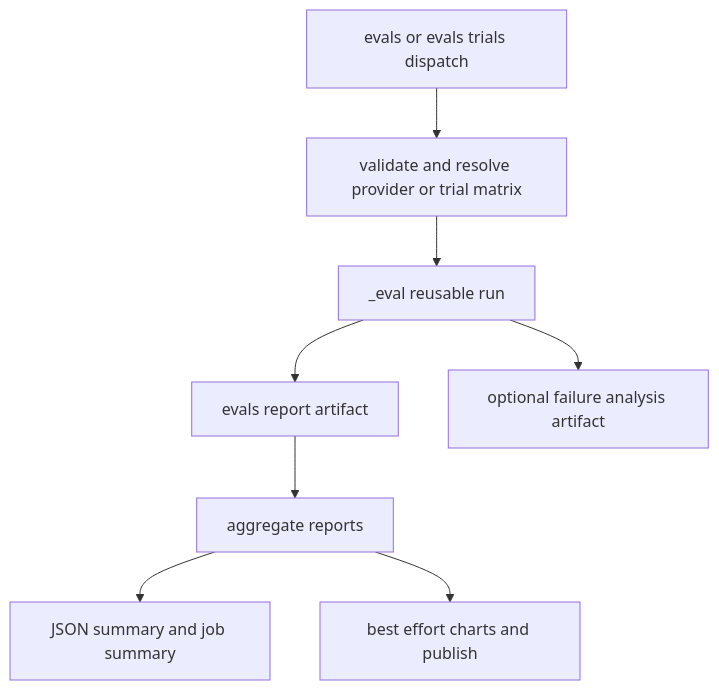
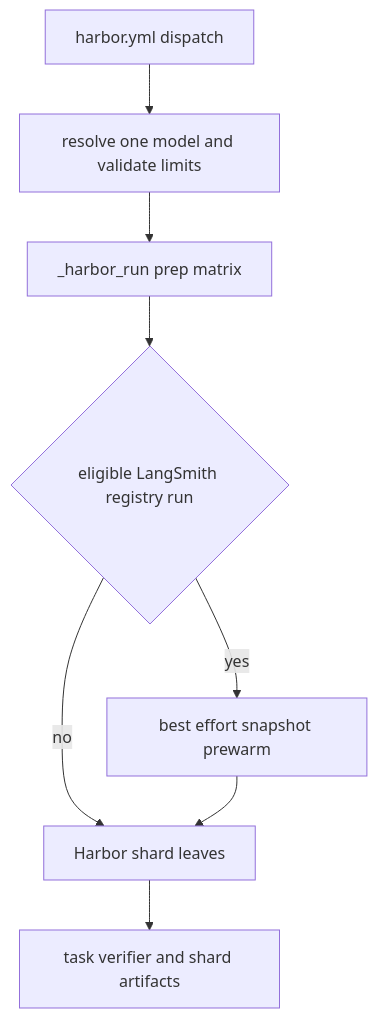
The second of 3 diagrams in openwiki/workflows/run-evals.md (langchain-ai/deepagents), drawn with Mermaid before and after one commit. The commit also changed other lines of this file and 43 other files, not shown here.

````diff
--- a/openwiki/workflows/run-evals.md
+++ b/openwiki/workflows/run-evals.md
@@ -131,10 +106,10 @@
 ```mermaid
 flowchart TD
-    Dispatch["evals or evals trials dispatch"] --> Matrix["validate and resolve provider or trial matrix"]
-    Matrix --> Leaf["_eval reusable run"]
-    Leaf --> Report["evals report artifact"]
-    Leaf --> Analysis["optional failure analysis artifact"]
-    Report --> Aggregate["aggregate reports"]
-    Aggregate --> Summary["JSON summary and job summary"]
-    Aggregate --> Charts["best effort charts and publish"]
+    Dispatch["harbor.yml dispatch"] --> Limits["resolve one model and validate limits"]
+    Limits --> LeafPrep["_harbor_run prep matrix"]
+    LeafPrep --> Prewarm{"eligible LangSmith registry run"}
+    Prewarm -->|yes| Snapshots["best effort snapshot prewarm"]
+    Prewarm -->|no| Run["Harbor shard leaves"]
+    Snapshots --> Run
+    Run --> Verifier["task verifier and shard artifacts"]
 ```
````
